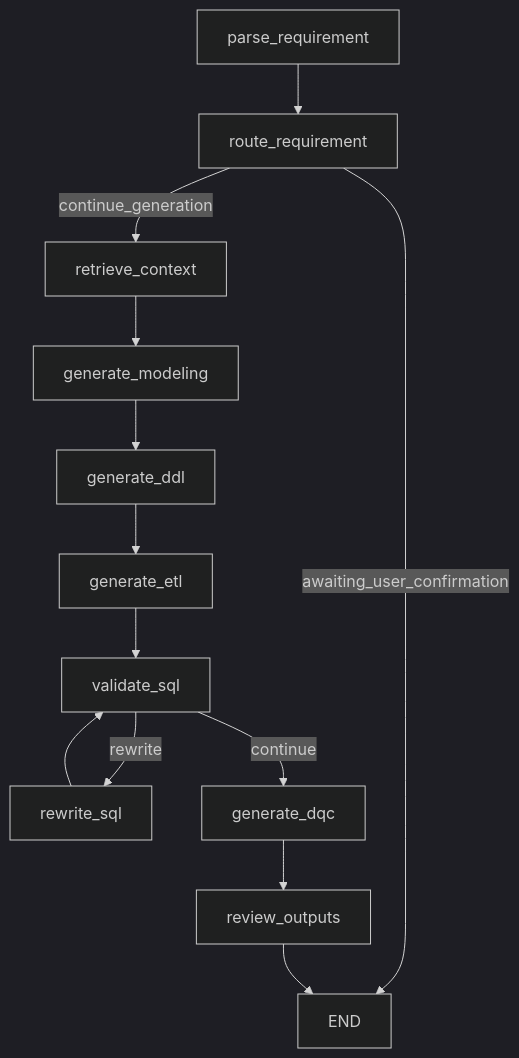
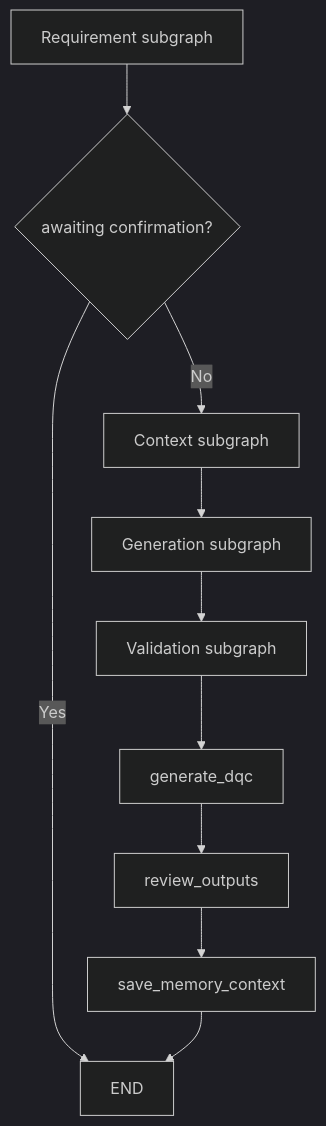
One commit to juebunengkun/warehouse-agent-mvp changed the diagram in docs/architecture.md. Above: the diagram before and after it, drawn with Mermaid (dark theme). The commit also changed other lines of this file and 27 other files, not shown here.

````diff
--- a/docs/architecture.md
+++ b/docs/architecture.md
@@ -21,15 +24,12 @@
 ```mermaid
 flowchart TD
-    A["parse_requirement"] --> B["route_requirement"]
-    B -->|awaiting_user_confirmation| Z["END"]
-    B -->|continue_generation| C["retrieve_context"]
-    C --> D["generate_modeling"]
-    D --> E["generate_ddl"]
-    E --> F["generate_etl"]
-    F --> G["validate_sql"]
-    G -->|rewrite| H["rewrite_sql"]
-    H --> G
-    G -->|continue| I["generate_dqc"]
-    I --> J["review_outputs"]
-    J --> Z
+    A["Requirement subgraph"] --> B{"awaiting confirmation?"}
+    B -->|Yes| Z["END"]
+    B -->|No| C["Context subgraph"]
+    C --> D["Generation subgraph"]
+    D --> E["Validation subgraph"]
+    E --> F["generate_dqc"]
+    F --> G["review_outputs"]
+    G --> H["save_memory_context"]
+    H --> Z
 ```
````
